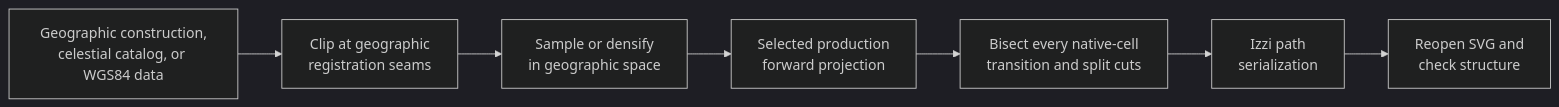
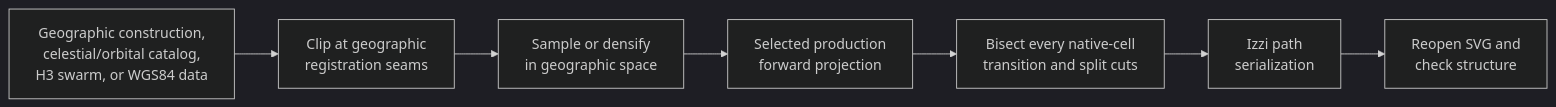
Before and after one commit to bdekoz/cartofreako: the diagram in docs/generation.md, drawn with Mermaid (dark theme). The commit also changed other lines of this file and 28 other files, not shown here.

````diff
--- a/docs/generation.md
+++ b/docs/generation.md
@@ -353,12 +419,12 @@
 ```mermaid
 flowchart LR
-  SOURCE["Geographic construction,<br/>celestial catalog, or WGS84 data"]
+  SOURCE["Geographic construction,<br/>celestial/orbital catalog,<br/>H3 swarm, or WGS84 data"]
   CUT["Clip at geographic<br/>registration seams"]
   DENSE["Sample or densify<br/>in geographic space"]
   PROJECT["Selected production<br/>forward projection"]
   SPLIT["Bisect every native-cell<br/>transition and split cuts"]
   SVG["Izzi path<br/>serialization"]
   CHECK["Reopen SVG and<br/>check structure"]
 
   SOURCE --> CUT --> DENSE --> PROJECT --> SPLIT --> SVG --> CHECK
 ```
````
